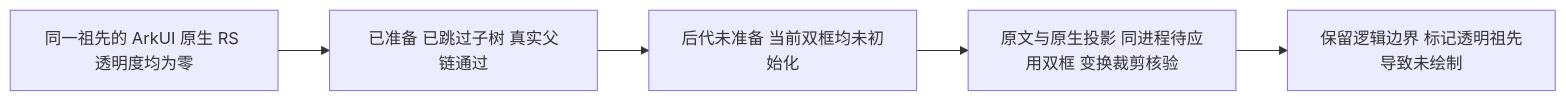
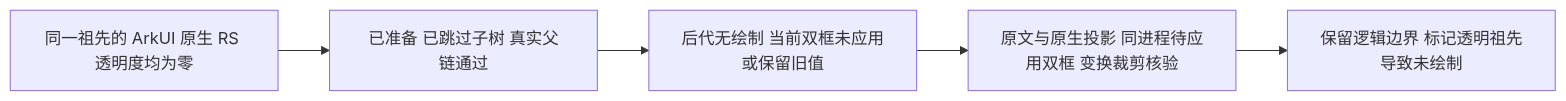
The fourth of 4 diagrams in docs/exact-window-mapping.md (HoldThatThgt/Har-GUI), drawn with Mermaid before and after one commit. The commit also changed other lines of this file and 34 other files, not shown here.

````diff
--- a/docs/exact-window-mapping.md
+++ b/docs/exact-window-mapping.md
@@ -166,7 +183,7 @@
 ```mermaid
 flowchart LR
     Alpha[同一祖先的 ArkUI 原生 RS 透明度均为零] --> Parent[已准备 已跳过子树 真实父链通过]
-    Parent --> Child[后代未准备 当前双框均未初始化]
+    Parent --> Child[后代无绘制 当前双框未应用或保留旧值]
     Child --> Verify[原文与原生投影 同进程待应用双框 变换裁剪核验]
     Verify --> Result[保留逻辑边界 标记透明祖先导致未绘制]
 ```
````
